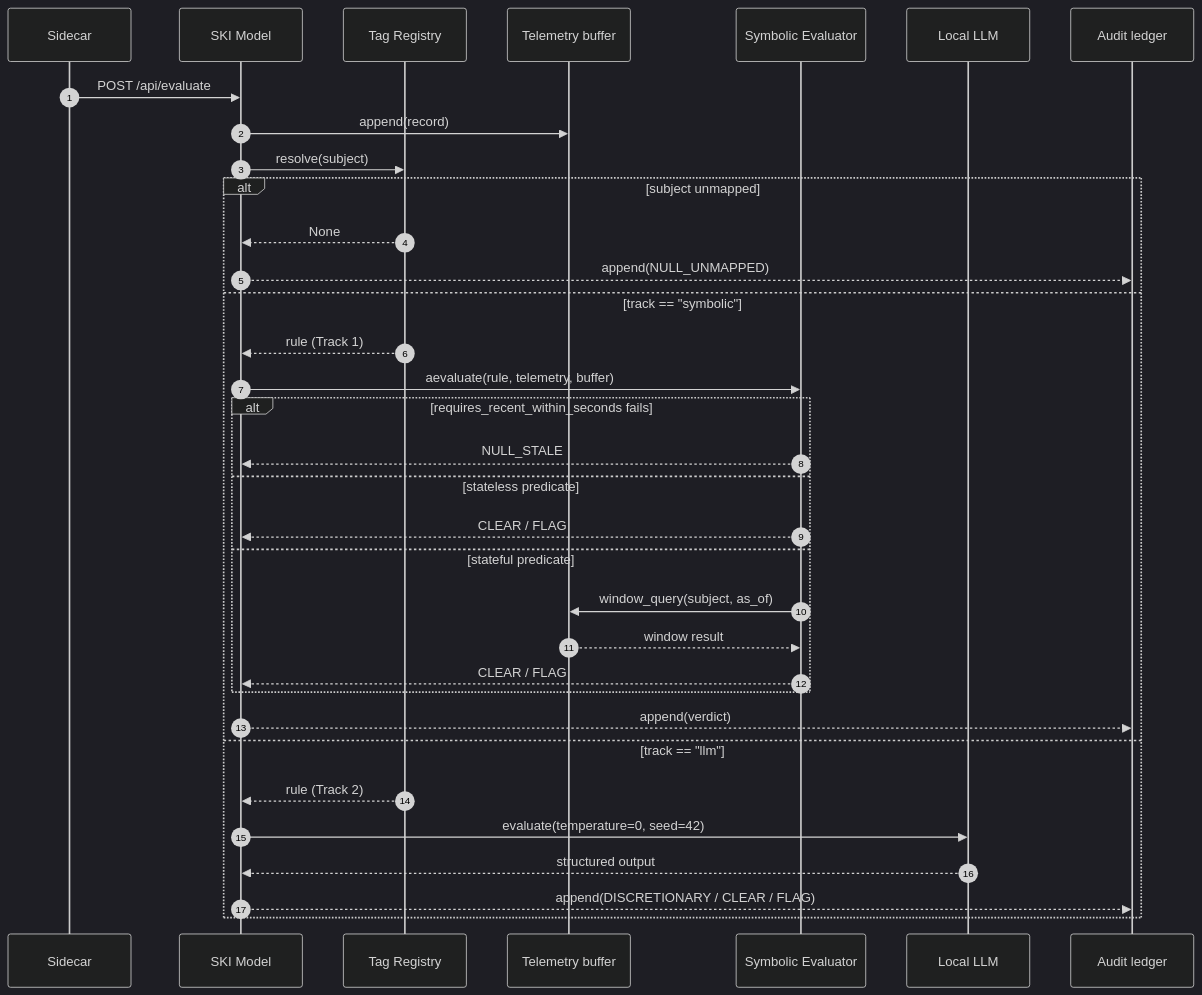
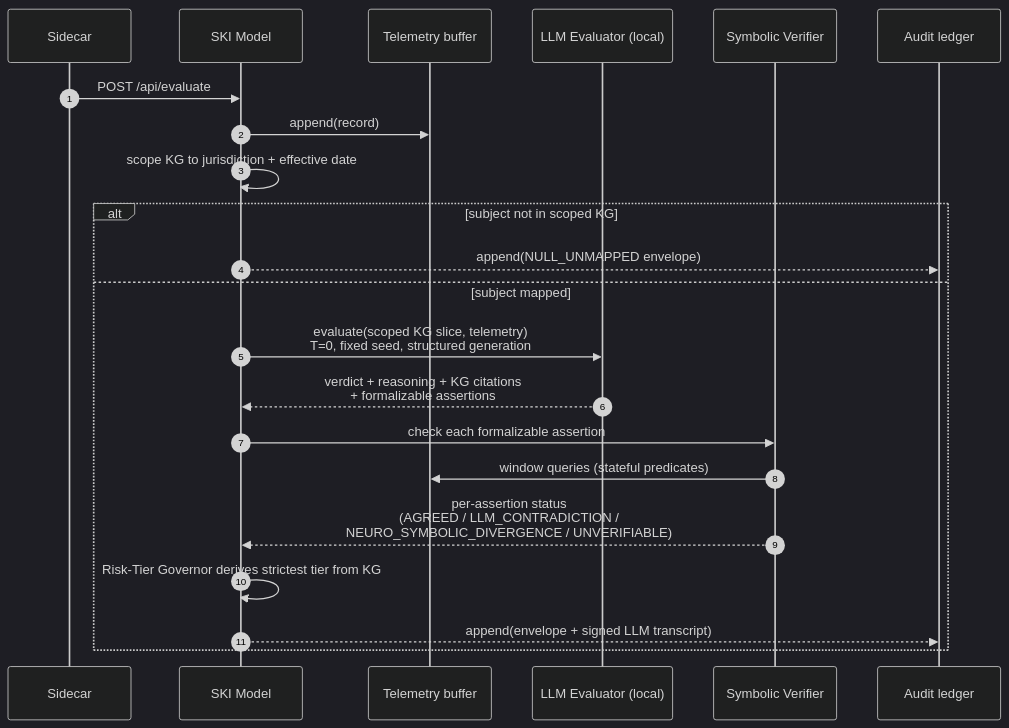
One commit to kpifinity/ski-framework changed the third of 4 diagrams in docs/architecture.md. Above: the diagram before and after it, drawn with Mermaid (dark theme). The commit also changed other lines of this file and 4 other files, not shown here.

First line of the commit message:
docs: rewrite v2-era pages to the v3 architecture

````diff
--- a/docs/architecture.md
+++ b/docs/architecture.md
@@ -135,37 +132,25 @@
 ```mermaid
 sequenceDiagram
     autonumber
     participant Sidecar
     participant SKIModel as SKI Model
-    participant TagRegistry as Tag Registry
     participant Buffer as Telemetry buffer
-    participant Evaluator as Symbolic Evaluator
-    participant LLM as Local LLM
+    participant LLM as LLM Evaluator (local)
+    participant Verifier as Symbolic Verifier
     participant Ledger as Audit ledger
 
     Sidecar->>SKIModel: POST /api/evaluate
     SKIModel->>Buffer: append(record)
-    SKIModel->>TagRegistry: resolve(subject)
-    alt subject unmapped
-        TagRegistry-->>SKIModel: None
-        SKIModel-->>Ledger: append(NULL_UNMAPPED)
-    else track == "symbolic"
-        TagRegistry-->>SKIModel: rule (Track 1)
-        SKIModel->>Evaluator: aevaluate(rule, telemetry, buffer)
-        alt requires_recent_within_seconds fails
-            Evaluator-->>SKIModel: NULL_STALE
-        else stateless predicate
-            Evaluator-->>SKIModel: CLEAR / FLAG
-        else stateful predicate
-            Evaluator->>Buffer: window_query(subject, as_of)
-            Buffer-->>Evaluator: window result
-            Evaluator-->>SKIModel: CLEAR / FLAG
-        end
-        SKIModel-->>Ledger: append(verdict)
-    else track == "llm"
-        TagRegistry-->>SKIModel: rule (Track 2)
-        SKIModel->>LLM: evaluate(temperature=0, seed=42)
-        LLM-->>SKIModel: structured output
-        SKIModel-->>Ledger: append(DISCRETIONARY / CLEAR / FLAG)
+    SKIModel->>SKIModel: scope KG to jurisdiction + effective date
+    alt subject not in scoped KG
+        SKIModel-->>Ledger: append(NULL_UNMAPPED envelope)
+    else subject mapped
+        SKIModel->>LLM: evaluate(scoped KG slice, telemetry)<br/>T=0, fixed seed, structured generation
+        LLM-->>SKIModel: verdict + reasoning + KG citations<br/>+ formalizable assertions
+        SKIModel->>Verifier: check each formalizable assertion
+        Verifier->>Buffer: window queries (stateful predicates)
+        Verifier-->>SKIModel: per-assertion status<br/>(AGREED / LLM_CONTRADICTION /<br/>NEURO_SYMBOLIC_DIVERGENCE / UNVERIFIABLE)
+        SKIModel->>SKIModel: Risk-Tier Governor derives strictest tier from KG
+        SKIModel-->>Ledger: append(envelope + signed LLM transcript)
     end
 ```
````
